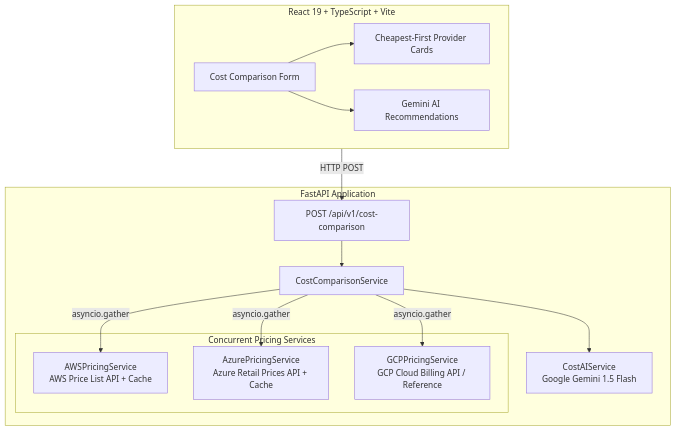
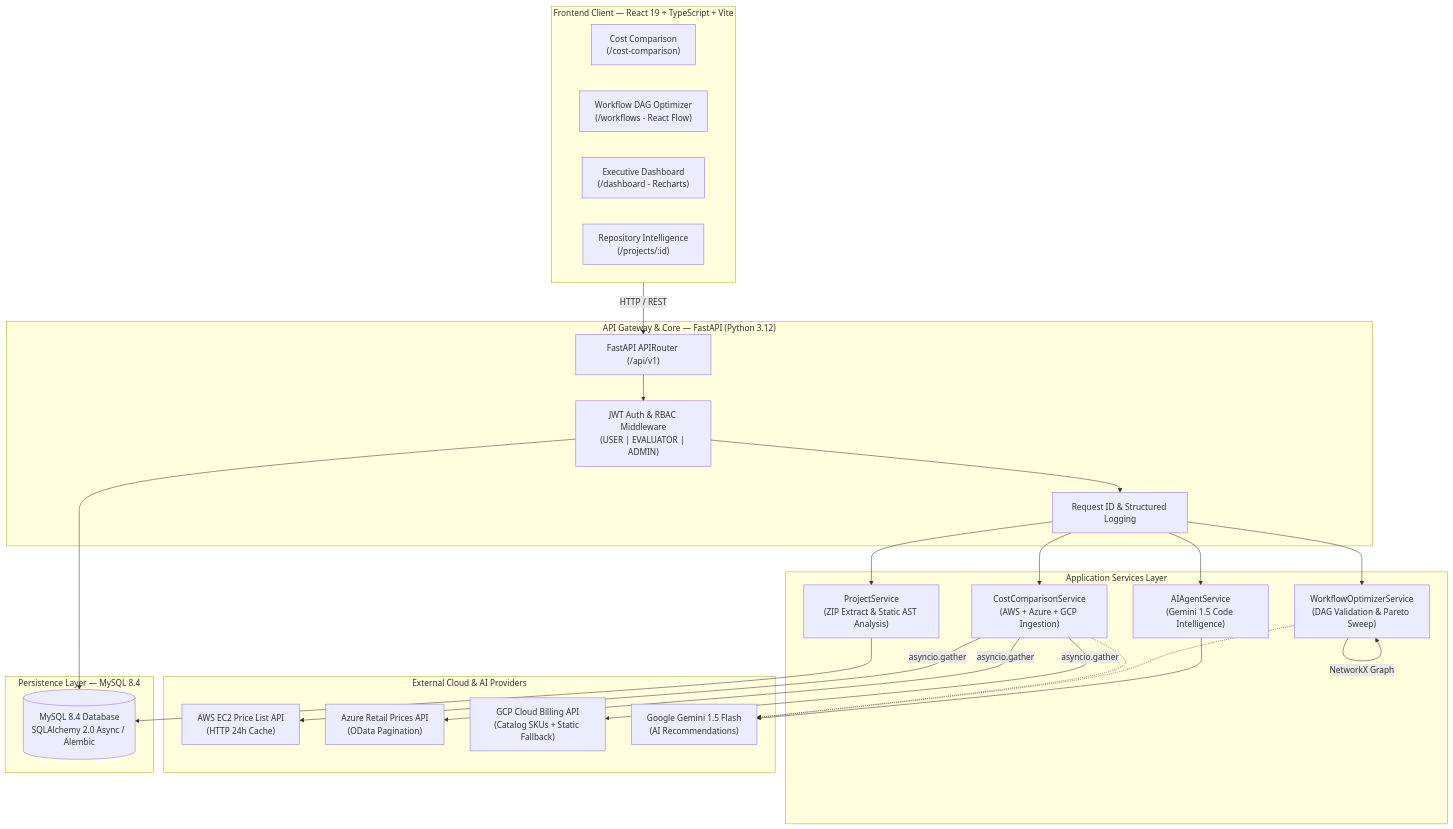
One commit to Sneharsha001/Infralytix changed the diagram in README.md. Above: the diagram before and after it, drawn with Mermaid. The commit also changed other lines of this file and 14 other files, not shown here.

````diff
--- a/README.md
+++ b/README.md
@@ -43,31 +37,52 @@
 ```mermaid
-flowchart TD
-    subgraph Frontend [React 19 + TypeScript + Vite]
-        UI[Cost Comparison Form]
-        Cards[Cheapest-First Provider Cards]
-        AISect[Gemini AI Recommendations]
-        UI --> Cards
-        UI --> AISect
+flowchart TB
+    subgraph Client ["Frontend Client — React 19 + TypeScript + Vite"]
+        UI_Cost["Cost Comparison\n(/cost-comparison)"]
+        UI_DAG["Workflow DAG Optimizer\n(/workflows - React Flow)"]
+        UI_Dash["Executive Dashboard\n(/dashboard - Recharts)"]
+        UI_Repo["Repository Intelligence\n(/projects/:id)"]
     end
 
-    subgraph Backend [FastAPI Application]
-        Router["POST /api/v1/cost-comparison"]
-        Orchestrator[CostComparisonService]
-        Router --> Orchestrator
-
-        subgraph Providers [Concurrent Pricing Services]
-            AWS[AWSPricingService\nAWS Price List API + Cache]
-            Azure[AzurePricingService\nAzure Retail Prices API + Cache]
-            GCP[GCPPricingService\nGCP Cloud Billing API / Reference]
-        end
-
-        AI[CostAIService\nGoogle Gemini 1.5 Flash]
-
-        Orchestrator -->|asyncio.gather| AWS
-        Orchestrator -->|asyncio.gather| Azure
-        Orchestrator -->|asyncio.gather| GCP
-        Orchestrator --> AI
+    subgraph API ["API Gateway & Core — FastAPI (Python 3.12)"]
+        Router["FastAPI APIRouter (/api/v1)"]
+        AuthMid["JWT Auth & RBAC Middleware\n(USER | EVALUATOR | ADMIN)"]
+        ReqMid["Request ID & Structured Logging"]
     end
 
-    Frontend -- "HTTP POST" --> Router
+    subgraph Services ["Application Services Layer"]
+        CostComp["CostComparisonService\n(AWS + Azure + GCP Ingestion)"]
+        WorkflowOpt["WorkflowOptimizerService\n(DAG Validation & Pareto Sweep)"]
+        AgentSvc["AIAgentService\n(Gemini 1.5 Code Intelligence)"]
+        ProjectSvc["ProjectService\n(ZIP Extract & Static AST Analysis)"]
+    end
+
+    subgraph External ["External Cloud & AI Providers"]
+        AWS_API["AWS EC2 Price List API\n(HTTP 24h Cache)"]
+        Azure_API["Azure Retail Prices API\n(OData Pagination)"]
+        GCP_API["GCP Cloud Billing API\n(Catalog SKUs + Static Fallback)"]
+        Gemini["Google Gemini 1.5 Flash\n(AI Recommendations)"]
+    end
+
+    subgraph Storage ["Persistence Layer — MySQL 8.4"]
+        DB[(MySQL 8.4 Database\nSQLAlchemy 2.0 Async / Alembic)]
+    end
+
+    Client -->|HTTP / REST| Router
+    Router --> AuthMid --> ReqMid
+    ReqMid --> CostComp
+    ReqMid --> WorkflowOpt
+    ReqMid --> AgentSvc
+    ReqMid --> ProjectSvc
+
+    CostComp -->|asyncio.gather| AWS_API
+    CostComp -->|asyncio.gather| Azure_API
+    CostComp -->|asyncio.gather| GCP_API
+    CostComp -.-> Gemini
+
+    WorkflowOpt -->|NetworkX Graph| WorkflowOpt
+    WorkflowOpt -.-> Gemini
+
+    AgentSvc --> Gemini
+    ProjectSvc --> DB
+    AuthMid --> DB
 ```
````
